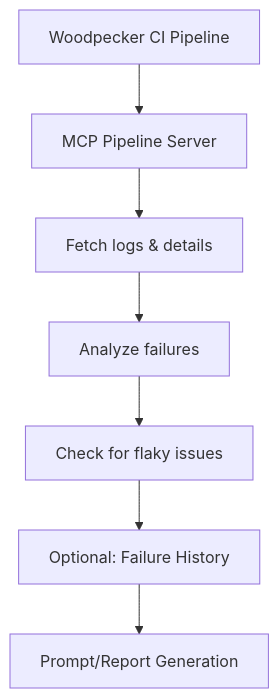
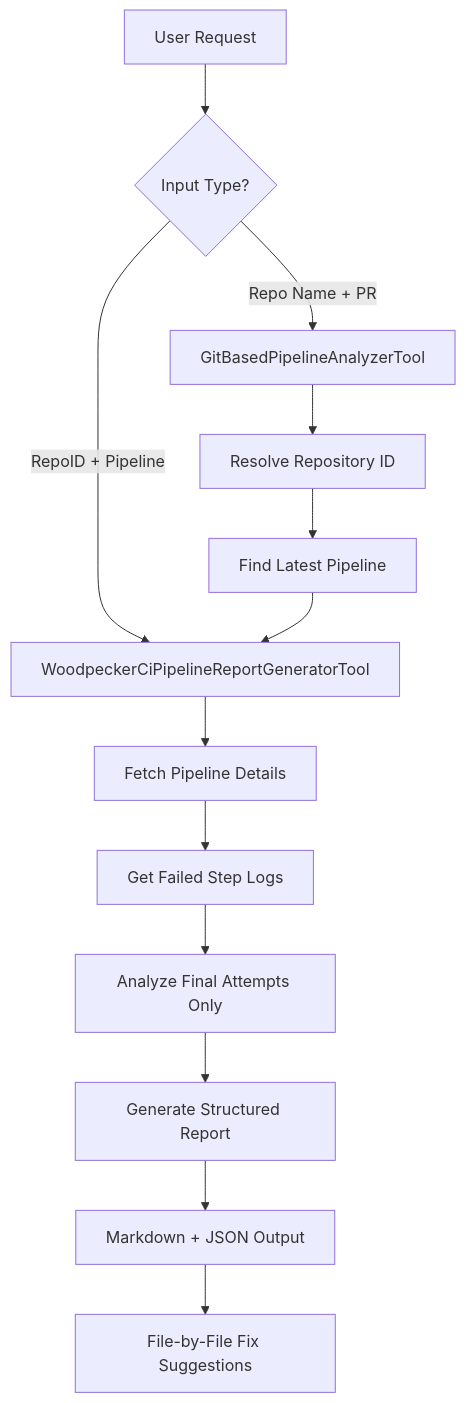
One commit to aman-11/woodpecker-mcp-server changed the diagram in README.md. Above: the diagram before and after it, drawn with Mermaid. The commit also changed other lines of this file, not shown here.

````diff
--- a/README.md
+++ b/README.md
@@ -13,9 +53,15 @@
 ```mermaid
 flowchart TD
-    A[Woodpecker CI Pipeline] --> B[MCP Pipeline Server]
-    B --> C[Fetch logs & details]
-    C --> D[Analyze failures]
-    D --> E[Check for flaky issues]
-    E --> F[Optional: Failure History]
-    F --> G[Prompt/Report Generation]
+    A[User Request] --> B{Input Type?}
+    B -->|RepoID + Pipeline| C[WoodpeckerCiPipelineReportGeneratorTool]
+    B -->|Repo Name + PR| D[GitBasedPipelineAnalyzerTool]
+    D --> E[Resolve Repository ID]
+    E --> F[Find Latest Pipeline]
+    F --> C
+    C --> G[Fetch Pipeline Details]
+    G --> H[Get Failed Step Logs]
+    H --> I[Analyze Final Attempts Only]
+    I --> J[Generate Structured Report]
+    J --> K[Markdown + JSON Output]
+    K --> L[File-by-File Fix Suggestions]
 ```
````
